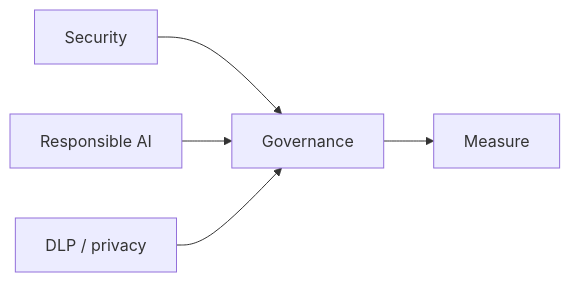
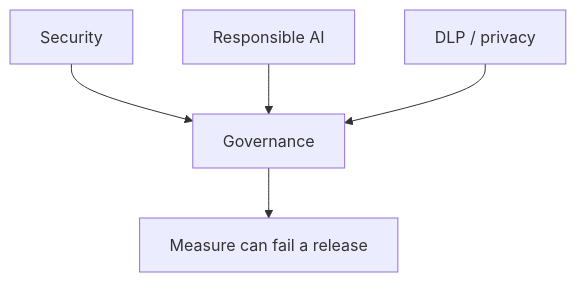
The diagram in 25-RESPONSIBLE-AI/19-comparison.md (krishnaviswa/AiLearner), drawn with Mermaid before and after one commit. The commit also changed 109 other files, not shown here.

Commit message:
Enhance dependency graphs and styling across multiple HTML files. Added class definitions for various components to improve visual representation and organization. Updated flowcharts to include subgraphs for better clarity in the architecture and decision-making processes.

````diff
--- a/25-RESPONSIBLE-AI/19-comparison.md
+++ b/25-RESPONSIBLE-AI/19-comparison.md
@@ -23,7 +23,7 @@
 ```mermaid
-flowchart LR
+flowchart TD
   S[Security] --> G[Governance]
   R[Responsible AI] --> G
   D[DLP / privacy] --> G
-  G --> M[Measure]
+  G --> M[Measure can fail a release]
 ```
````
